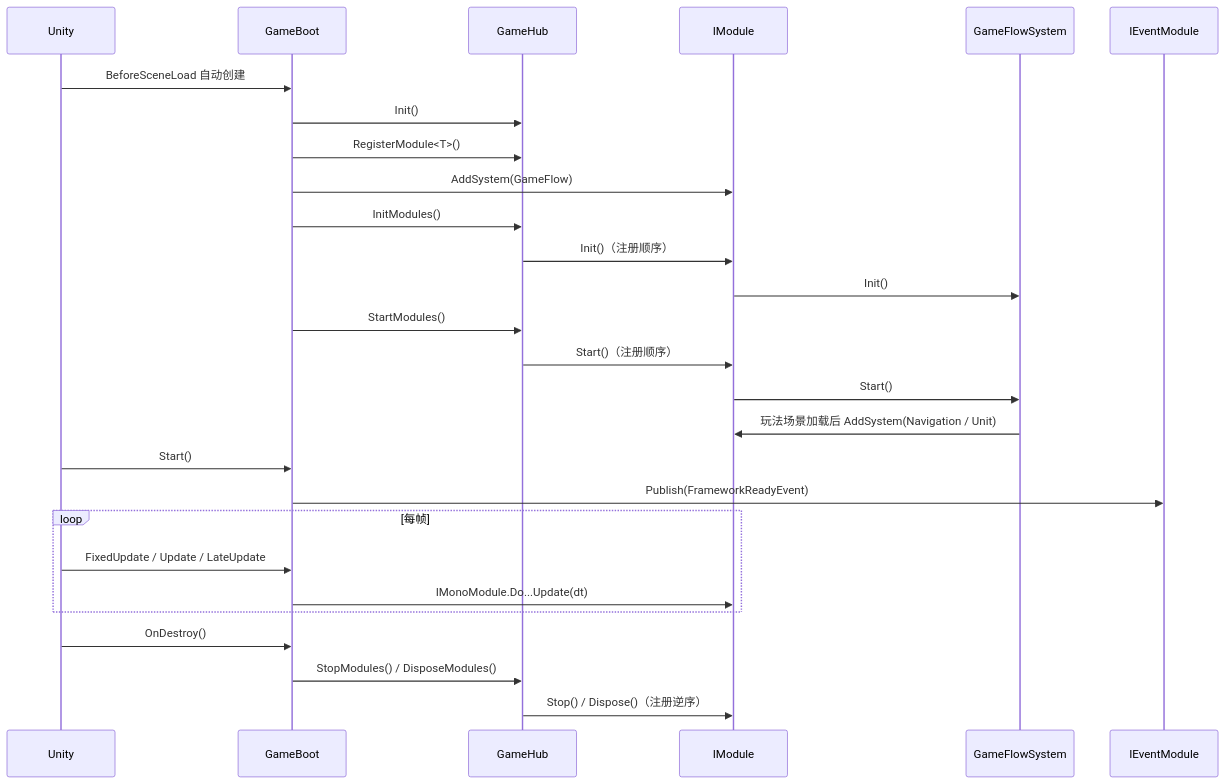
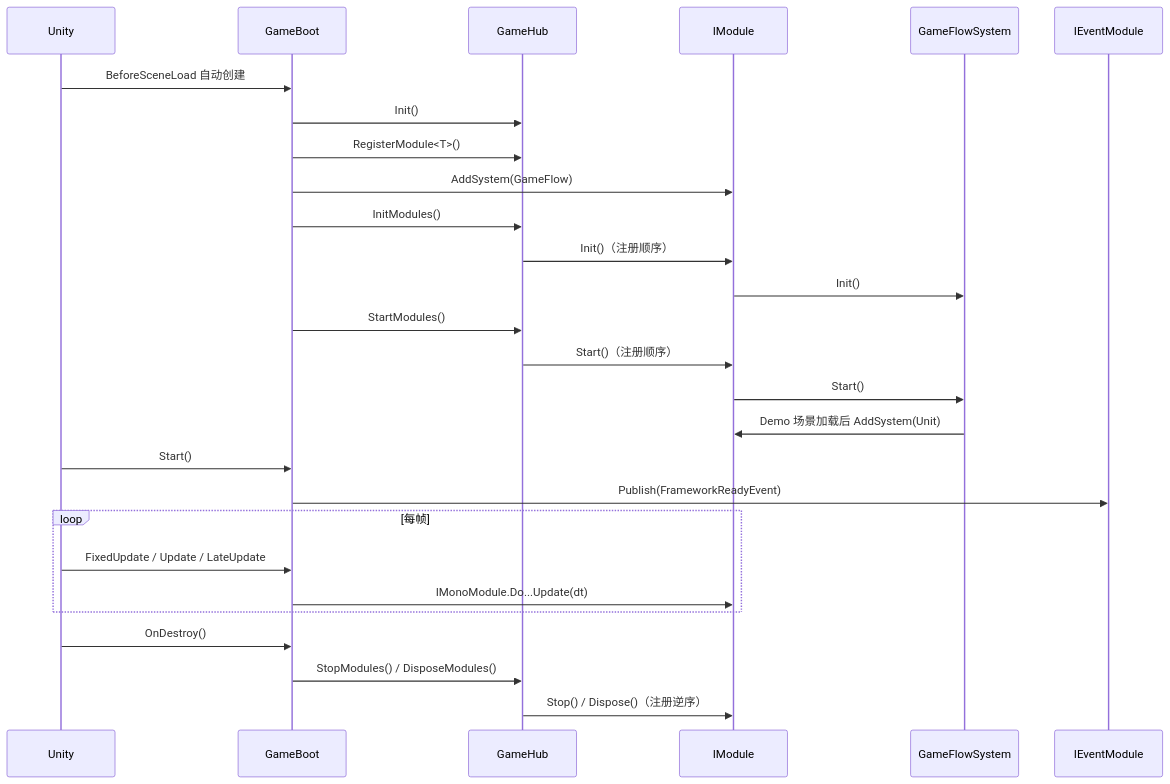
Before and after one commit to WLDZS/Tiny-Nations: the second of 5 diagrams in Assets/Doc/FrameworkNavigation.md, drawn with Mermaid. The commit also changed other lines of this file and 193 other files, not shown here.

````diff
--- a/Assets/Doc/FrameworkNavigation.md
+++ b/Assets/Doc/FrameworkNavigation.md
@@ -87,30 +87,30 @@
 ```mermaid
 sequenceDiagram
     participant Unity
     participant Boot as GameBoot
     participant Hub as GameHub
     participant Module as IModule
     participant GameFlow as GameFlowSystem
     participant Event as IEventModule
 
     Unity->>Boot: BeforeSceneLoad 自动创建
     Boot->>Hub: Init()
     Boot->>Hub: RegisterModule<T>()
     Boot->>Module: AddSystem(GameFlow)
     Boot->>Hub: InitModules()
     Hub->>Module: Init()（注册顺序）
     Module->>GameFlow: Init()
     Boot->>Hub: StartModules()
     Hub->>Module: Start()（注册顺序）
     Module->>GameFlow: Start()
-    GameFlow->>Module: 玩法场景加载后 AddSystem(Navigation / Unit)
+    GameFlow->>Module: Demo 场景加载后 AddSystem(Unit)
     Unity->>Boot: Start()
     Boot->>Event: Publish(FrameworkReadyEvent)
     loop 每帧
         Unity->>Boot: FixedUpdate / Update / LateUpdate
         Boot->>Module: IMonoModule.Do...Update(dt)
     end
     Unity->>Boot: OnDestroy()
     Boot->>Hub: StopModules() / DisposeModules()
     Hub->>Module: Stop() / Dispose()（注册逆序）
 ```
````
